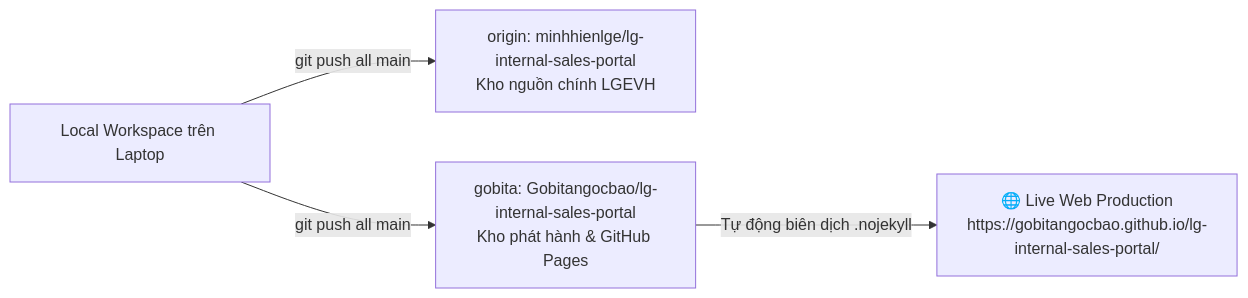
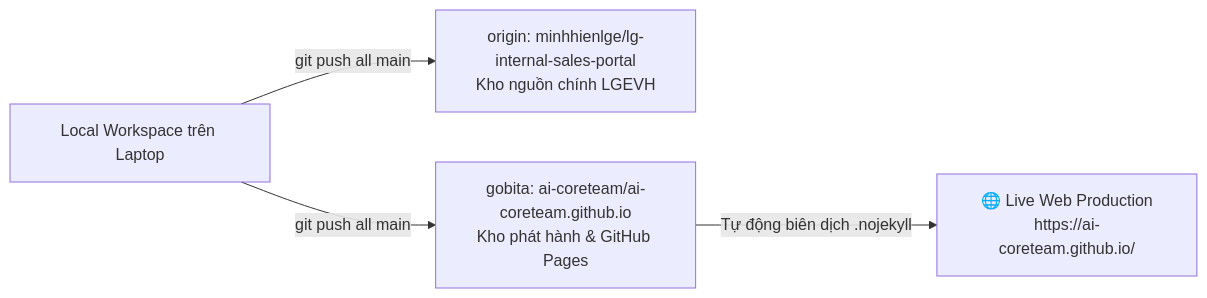
One commit to ai-coreteam/ai-coreteam.github.io changed the first of 2 diagrams in docs/01-setup-and-deployment/GIT_CONFIGURATION_AND_HANDOVER.md. Above: the diagram before and after it, drawn with Mermaid. The commit also changed other lines of this file and 8 other files, not shown here.

First line of the commit message:
chore: move site to ai-coreteam/ai-coreteam.github.io; root opens official portal

````diff
--- a/docs/01-setup-and-deployment/GIT_CONFIGURATION_AND_HANDOVER.md
+++ b/docs/01-setup-and-deployment/GIT_CONFIGURATION_AND_HANDOVER.md
@@ -12,6 +12,6 @@
 ```mermaid
 graph LR
     LocalWorkspace[Local Workspace trên Laptop] -->|git push all main| RemoteOrigin[origin: minhhienlge/lg-internal-sales-portal<br/>Kho nguồn chính LGEVH]
-    LocalWorkspace -->|git push all main| RemoteGobita[gobita: Gobitangocbao/lg-internal-sales-portal<br/>Kho phát hành & GitHub Pages]
-    RemoteGobita -->|Tự động biên dịch .nojekyll| LiveWeb[🌐 Live Web Production<br/>https://gobitangocbao.github.io/lg-internal-sales-portal/]
+    LocalWorkspace -->|git push all main| RemoteGobita[gobita: ai-coreteam/ai-coreteam.github.io<br/>Kho phát hành & GitHub Pages]
+    RemoteGobita -->|Tự động biên dịch .nojekyll| LiveWeb[🌐 Live Web Production<br/>https://ai-coreteam.github.io/]
 ```
````
